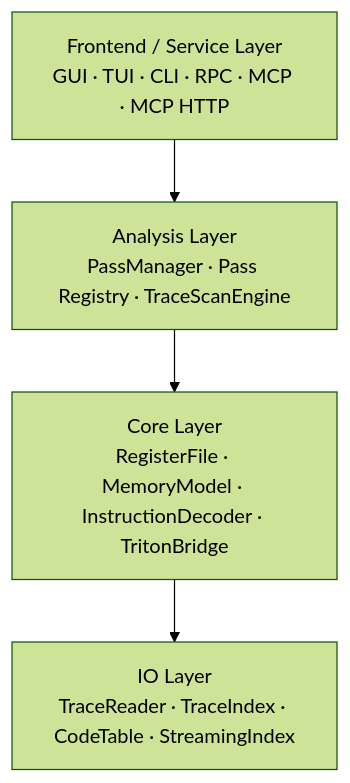
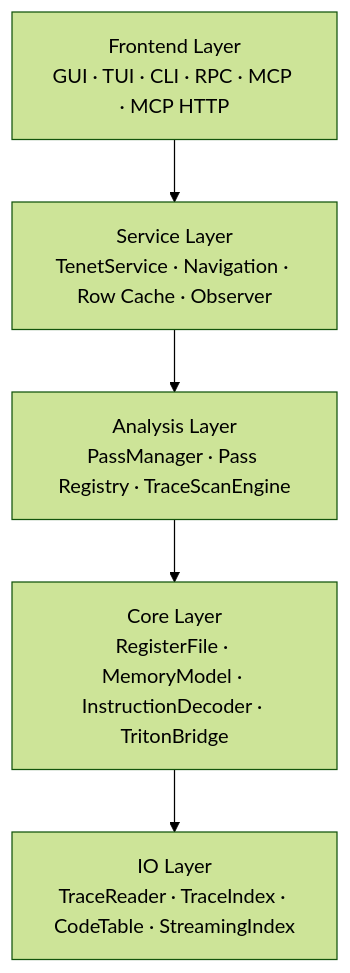
One commit to fuckreverse/retrace changed the first of 2 diagrams in slowmo/docs/ARCHITECTURE.md. Above: the diagram before and after it, drawn with Mermaid (forest theme). The commit also changed other lines of this file and 1 other file, not shown here.

First line of the commit message:
docs: document TenetService layer in architecture and UI docs

````diff
--- a/slowmo/docs/ARCHITECTURE.md
+++ b/slowmo/docs/ARCHITECTURE.md
@@ -11,6 +11,7 @@
 ```mermaid
 flowchart TB
-    UI[Frontend / Service Layer\nGUI · TUI · CLI · RPC · MCP · MCP HTTP] --> ANA[Analysis Layer\nPassManager · Pass Registry · TraceScanEngine]
+    UI[Frontend Layer\nGUI · TUI · CLI · RPC · MCP · MCP HTTP] --> SVC[Service Layer\nTenetService · Navigation · Row Cache · Observer]
+    SVC --> ANA[Analysis Layer\nPassManager · Pass Registry · TraceScanEngine]
     ANA --> CORE[Core Layer\nRegisterFile · MemoryModel · InstructionDecoder · TritonBridge]
     CORE --> IO[IO Layer\nTraceReader · TraceIndex · CodeTable · StreamingIndex]
 ```
````
